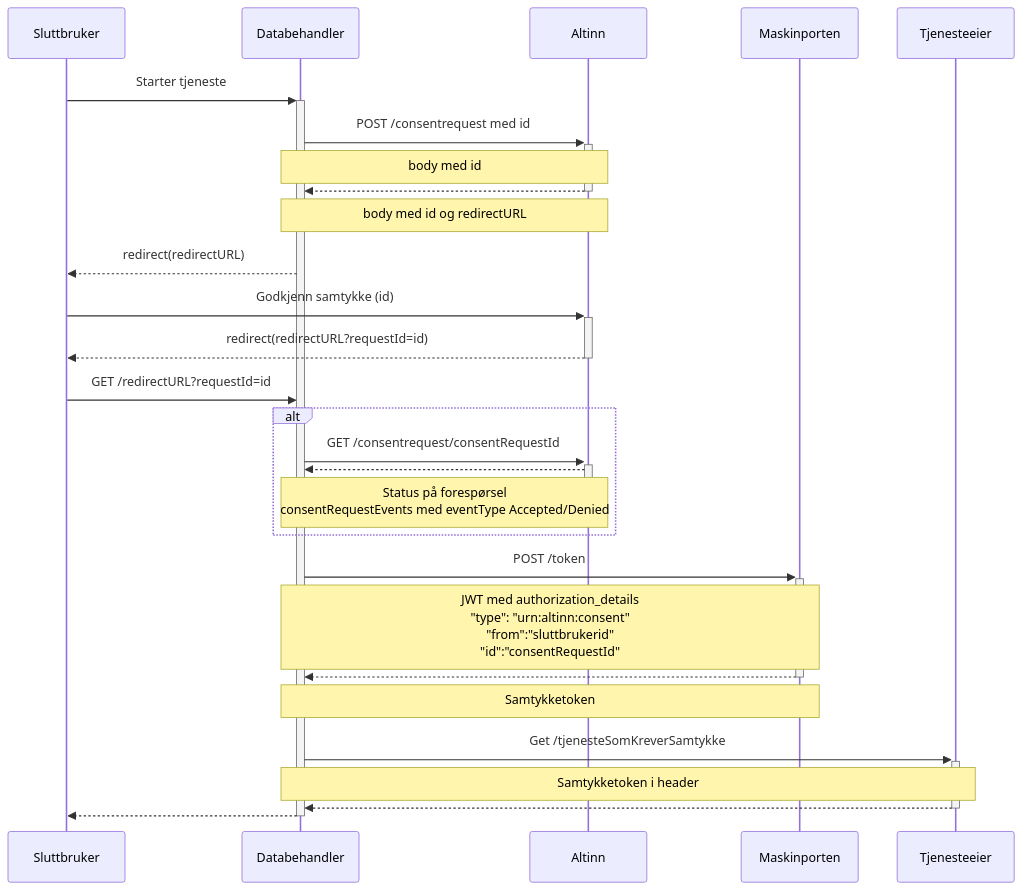
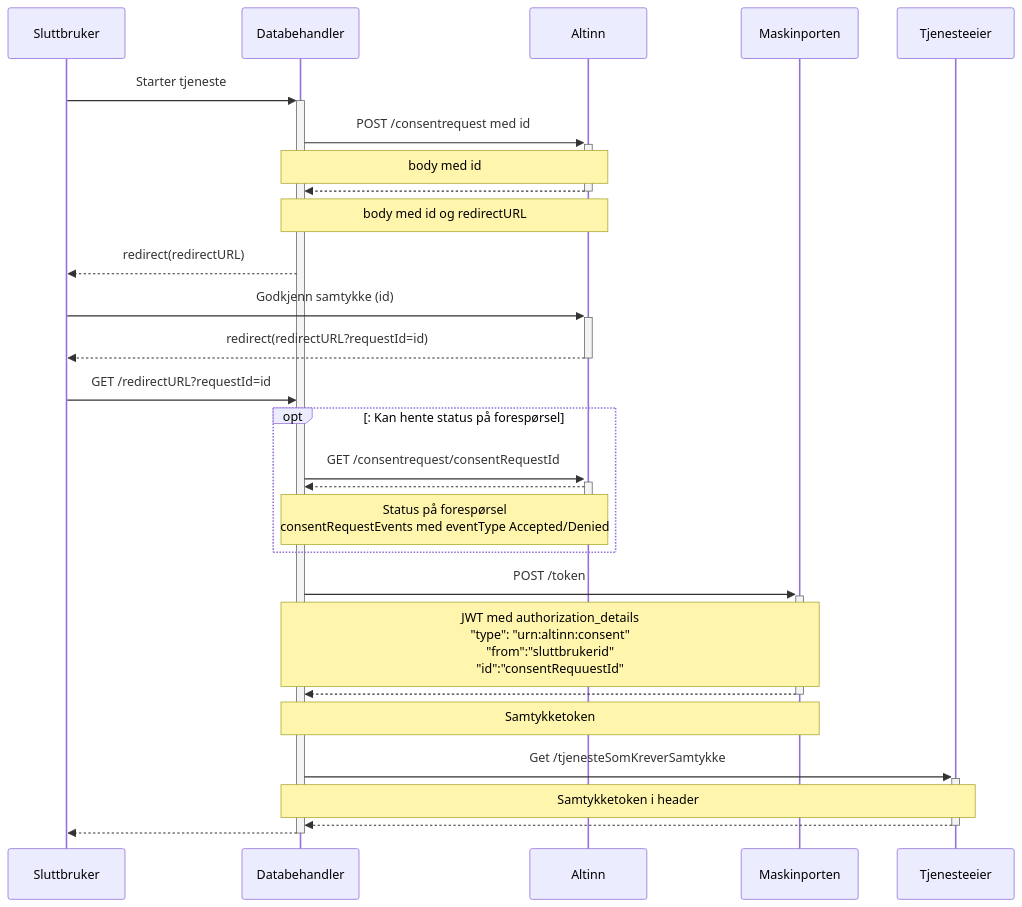
Before and after one commit to Altinn/altinn-studio-docs: the diagram in content/authorization/guides/system-vendor/consent/_index.nb.md, drawn with Mermaid.

Commit message:
syntaksendring i mermaid versjoner
Endret Alt til opt som har blitt endret mellom to versjoner av mermaid

```diff
--- a/content/authorization/guides/system-vendor/consent/_index.nb.md
+++ b/content/authorization/guides/system-vendor/consent/_index.nb.md
@@ -21,25 +21,25 @@
 {{<mermaid>}}
 sequenceDiagram
-Sluttbruker->>+Databehandler:Starter tjeneste
-Databehandler->>+Altinn: POST /consentrequest med id
-Note over Databehandler,Altinn: body med id
-Altinn-->>-Databehandler:
-Note over Altinn, Databehandler:body med id og redirectURL
-Databehandler-->>Sluttbruker: redirect(redirectURL)
-Sluttbruker ->>+Altinn: Godkjenn samtykke (id)
-Altinn -->>- Sluttbruker: redirect(redirectURL?requestId=id)
-Sluttbruker->>Databehandler: GET /redirectURL?requestId=id
-Alt
-Databehandler->>+Altinn: GET /consentrequest/consentRequestId
-Altinn-->>-Databehandler:
-Note over Altinn, Databehandler: Status på forespørsel <br/> consentRequestEvents med eventType Accepted/Denied
-End
-Databehandler->>+Maskinporten: POST /token
-Note over Databehandler, Maskinporten: JWT med authorization_details <br/> "type": "urn:altinn:consent" <br/> "from":"sluttbrukerid"<br/> "id":"consentRequestId"
-Maskinporten-->>-Databehandler:
-Note over Maskinporten,Databehandler: Samtykketoken
-Databehandler->>+Tjenesteeier: Get /tjenesteSomKreverSamtykke
-Note over Databehandler, Tjenesteeier: Samtykketoken i header
-Tjenesteeier -->>- Databehandler:
-Databehandler-->>-Sluttbruker:
+    Sluttbruker->>+Databehandler: Starter tjeneste
+    Databehandler->>+Altinn: POST /consentrequest med id
+    Note over Databehandler,Altinn: body med id
+    Altinn-->>-Databehandler: 
+    Note over Altinn, Databehandler: body med id og redirectURL
+    Databehandler-->>Sluttbruker: redirect(redirectURL)
+    Sluttbruker->>+Altinn: Godkjenn samtykke (id)
+    Altinn -->>- Sluttbruker: redirect(redirectURL?requestId=id)
+    Sluttbruker->>Databehandler: GET /redirectURL?requestId=id
+    opt: Kan hente status på forespørsel
+    Databehandler->>+Altinn: GET /consentrequest/consentRequestId
+    Altinn-->>-Databehandler: 
+    Note over Altinn, Databehandler: Status på forespørsel <br/> consentRequestEvents med eventType Accepted/Denied
+    end
+    Databehandler->>+Maskinporten: POST /token
+    Note over Databehandler, Maskinporten: JWT med authorization_details <br/> "type": "urn:altinn:consent" <br/> "from":"sluttbrukerid"<br/> "id":"consentRequuestId"
+    Maskinporten-->>-Databehandler: 
+    Note over Maskinporten,Databehandler: Samtykketoken
+    Databehandler->>+Tjenesteeier: Get /tjenesteSomKreverSamtykke
+    Note over Databehandler, Tjenesteeier: Samtykketoken i header
+    Tjenesteeier -->>- Databehandler:
+    Databehandler-->>-Sluttbruker:
 {{< /mermaid >}}
```
